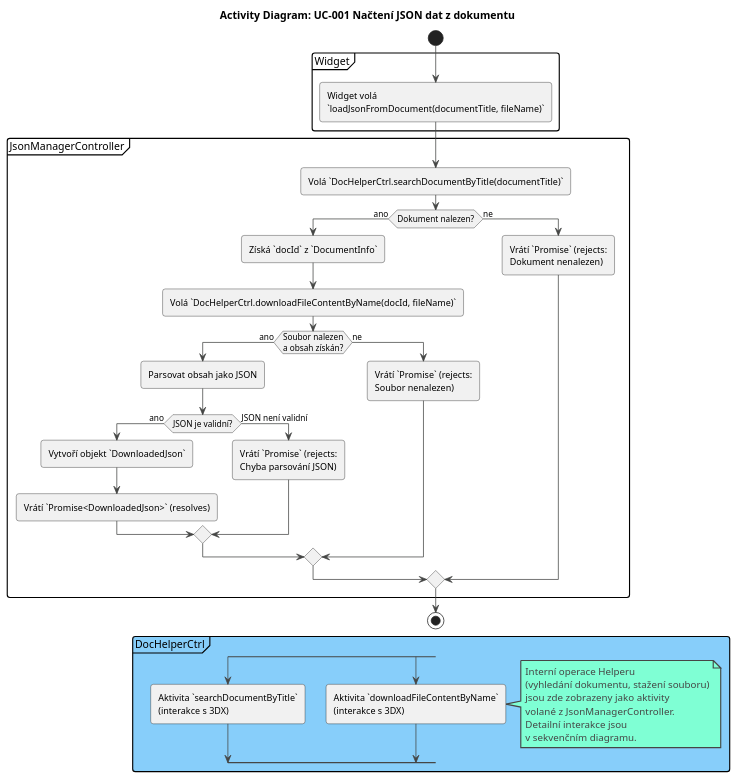
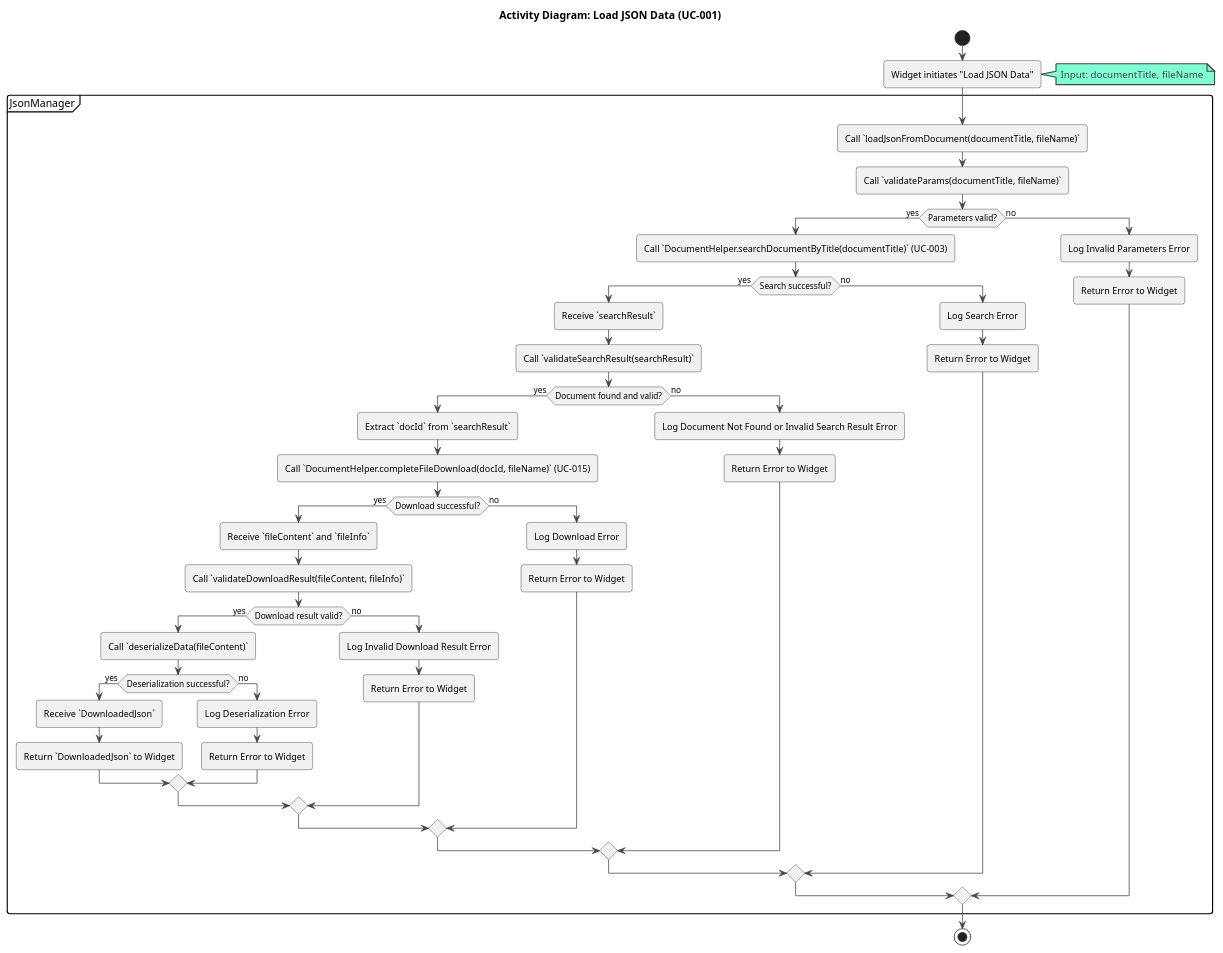
Before and after one commit to rkonvicny/DYTUtils: the diagram in Docs/07-activity/AD-001_Load_JSON_Data.plantuml, drawn with PlantUML. The commit also changed 9 other files, not shown here.

```diff
--- a/Docs/07-activity/AD-001_Load_JSON_Data.plantuml
+++ b/Docs/07-activity/AD-001_Load_JSON_Data.plantuml
@@ -1,58 +1,62 @@
 @startuml AD-001_Load_JSON_Data
 !theme vibrant
-title Activity Diagram: UC-001 Načtení JSON dat z dokumentu
+title Activity Diagram: Load JSON Data (UC-001)
 
 start
 
-partition Widget {
-  :Widget volá\n`loadJsonFromDocument(documentTitle, fileName)`;
-}
+:Widget initiates "Load JSON Data";
+note right: Input: documentTitle, fileName
 
-partition JsonManagerController {
-  :Volá `DocHelperCtrl.searchDocumentByTitle(documentTitle)`;
+partition "JsonManager" {
+    :Call `loadJsonFromDocument(documentTitle, fileName)`;
 
-  if (Dokument nalezen?) then (ano)
-    :Získá `docId` z `DocumentInfo`;
-    :Volá `DocHelperCtrl.downloadFileContentByName(docId, fileName)`;
-
-    if (Soubor nalezen\na obsah získán?) then (ano)
-      :Parsovat obsah jako JSON;
-      if (JSON je validní?) then (ano)
-        :Vytvoří objekt `DownloadedJson`;
-        :Vrátí `Promise<DownloadedJson>` (resolves);
-      else (JSON není validní)
-        :Vrátí `Promise` (rejects:\nChyba parsování JSON);
-      endif
-    else (ne)
-      :Vrátí `Promise` (rejects:\nSoubor nenalezen);
+    :Call `validateParams(documentTitle, fileName)`;
+    if (Parameters valid?) then (yes)
+        :Call `DocumentHelper.searchDocumentByTitle(documentTitle)` (UC-003);
+        if (Search successful?) then (yes)
+            :Receive `searchResult`;
+            :Call `validateSearchResult(searchResult)`;
+            if (Document found and valid?) then (yes)
+                :Extract `docId` from `searchResult`;
+                :Call `DocumentHelper.completeFileDownload(docId, fileName)` (UC-015);
+                ' This internally calls:
+                ' 1. Get Document Files Metadata (or our getDocumentDetailsById) to find fileId
+                ' 2. Get Download Ticket (UC-004)
+                ' 3. Download File from FCS (UC-014)
+                if (Download successful?) then (yes)
+                    :Receive `fileContent` and `fileInfo`;
+                    :Call `validateDownloadResult(fileContent, fileInfo)`;
+                    if (Download result valid?) then (yes)
+                        :Call `deserializeData(fileContent)`;
+                        if (Deserialization successful?) then (yes)
+                            :Receive `DownloadedJson`;
+                            :Return `DownloadedJson` to Widget;
+                        else (no)
+                            :Log Deserialization Error;
+                            :Return Error to Widget;
+                        endif
+                    else (no)
+                        :Log Invalid Download Result Error;
+                        :Return Error to Widget;
+                    endif
+                else (no)
+                    :Log Download Error;
+                    :Return Error to Widget;
+                endif
+            else (no)
+                :Log Document Not Found or Invalid Search Result Error;
+                :Return Error to Widget;
+            endif
+        else (no)
+            :Log Search Error;
+            :Return Error to Widget;
+        endif
+    else (no)
+        :Log Invalid Parameters Error;
+        :Return Error to Widget;
     endif
-  else (ne)
-    :Vrátí `Promise` (rejects:\nDokument nenalezen);
-  endif
 }
 
 stop
 
-partition DocHelperCtrl #LightSkyBlue {
-  split
-    :Aktivita `searchDocumentByTitle`\n(interakce s 3DX);
-  split again
-    :Aktivita `downloadFileContentByName`\n(interakce s 3DX);
-  endsplit
-  note right
-    Interní operace Helperu
-    (vyhledání dokumentu, stažení souboru)
-    jsou zde zobrazeny jako aktivity
-    volané z JsonManagerController.
-    Detailní interakce jsou
-    v sekvenčním diagramu.
-  end note
-}
-
-' Vztahy mezi swimlanes (implicitní)
-' Widget --> JsonManagerController
-' JsonManagerController --> DocHelperCtrl
-' DocHelperCtrl --> JsonManagerController
-' JsonManagerController --> Widget
-
 @enduml
```
